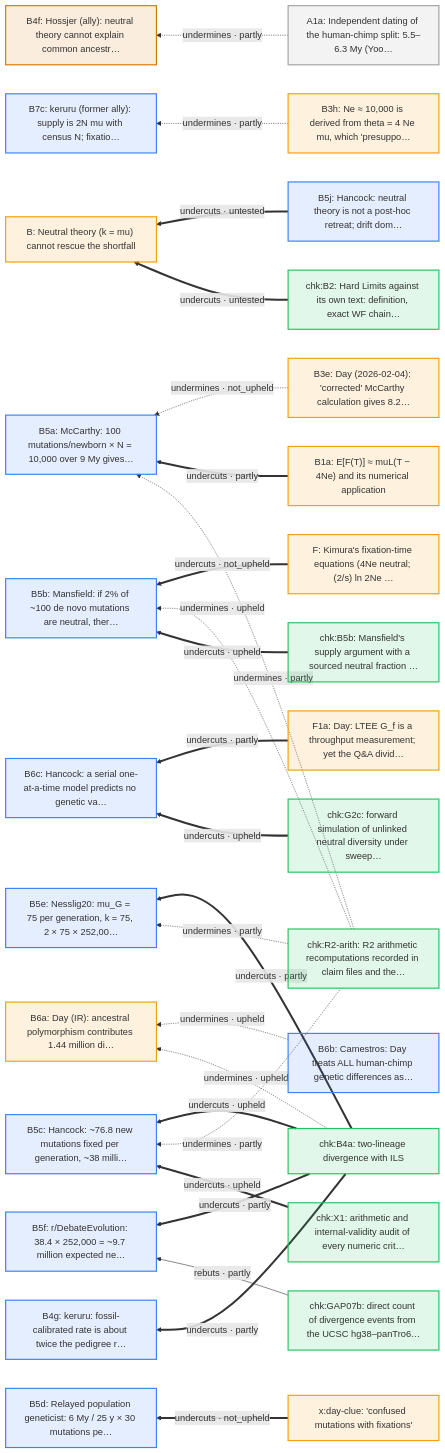
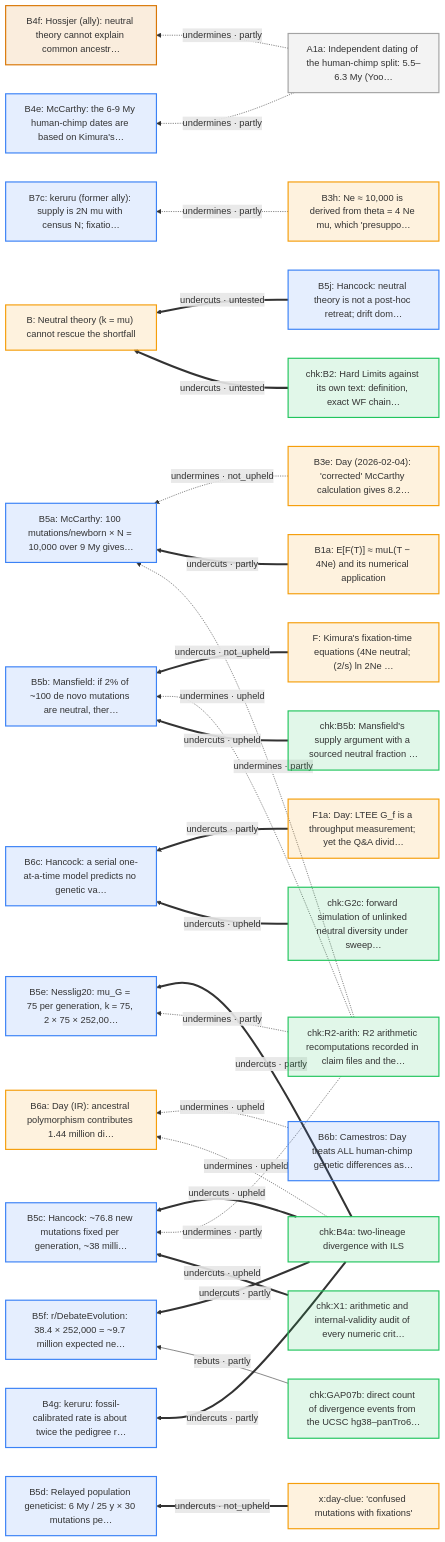
One commit to nickallevato/evo-sim changed the seventh of 20 diagrams in docs/arguments/defeaters.md. Above: the diagram before and after it, drawn with Mermaid. The commit also changed other lines of this file and 25 other files, not shown here.

````diff
--- a/docs/arguments/defeaters.md
+++ b/docs/arguments/defeaters.md
@@ -348,59 +347,61 @@
 ```mermaid
 flowchart RL
   classDef day fill:#f59e0b22,stroke:#f59e0b,stroke-width:2px
   classDef ally fill:#d9770622,stroke:#d97706,stroke-width:2px
   classDef critic fill:#3b82f622,stroke:#3b82f6,stroke-width:2px
   classDef literature fill:#a3a3a322,stroke:#a3a3a3,stroke-width:2px
   classDef audit fill:#22c55e22,stroke:#22c55e,stroke-width:2px
   A1a["A1a: Independent dating of the human-chimp split: 5.5–6.3 My (Yoo…"]:::literature
   B["B: Neutral theory (k = mu) cannot rescue the shortfall"]:::day
   B1a["B1a: E[F(T)] ≈ muL(T − 4Ne) and its numerical application"]:::day
   B3e["B3e: Day (2026-02-04): 'corrected' McCarthy calculation gives 8.2…"]:::day
   B3h["B3h: Ne ≈ 10,000 is derived from theta = 4 Ne mu, which 'presuppo…"]:::day
+  B4e["B4e: McCarthy: the 6-9 My human-chimp dates are based on Kimura's…"]:::critic
   B4f["B4f: Hossjer (ally): neutral theory cannot explain common ancestr…"]:::ally
   B4g["B4g: keruru: fossil-calibrated rate is about twice the pedigree r…"]:::critic
   B5a["B5a: McCarthy: 100 mutations/newborn × N = 10,000 over 9 My gives…"]:::critic
   B5b["B5b: Mansfield: if 2% of ~100 de novo mutations are neutral, ther…"]:::critic
   B5c["B5c: Hancock: ~76.8 new mutations fixed per generation, ~38 milli…"]:::critic
   B5d["B5d: Relayed population geneticist: 6 My / 25 y × 30 mutations pe…"]:::critic
   B5e["B5e: Nesslig20: mu_G = 75 per generation, k = 75, 2 × 75 × 252,00…"]:::critic
   B5f["B5f: r/DebateEvolution: 38.4 × 252,000 = ~9.7 million expected ne…"]:::critic
   B5j["B5j: Hancock: neutral theory is not a post-hoc retreat; drift dom…"]:::critic
   B6a["B6a: Day (IR): ancestral polymorphism contributes 1.44 million di…"]:::day
   B6b["B6b: Camestros: Day treats ALL human-chimp genetic differences as…"]:::critic
   B6c["B6c: Hancock: a serial one-at-a-time model predicts no genetic va…"]:::critic
   B7c["B7c: keruru (former ally): supply is 2N mu with census N; fixatio…"]:::critic
   F["F: Kimura's fixation-time equations (4Ne neutral; (2/s) ln 2Ne …"]:::day
   F1a["F1a: Day: LTEE G_f is a throughput measurement; yet the Q&A divid…"]:::day
   chk_B2["chk:B2: Hard Limits against its own text: definition, exact WF chain…"]:::audit
   chk_B4a["chk:B4a: two-lineage divergence with ILS"]:::audit
   chk_B5b["chk:B5b: Mansfield's supply argument with a sourced neutral fraction …"]:::audit
   chk_G2c["chk:G2c: forward simulation of unlinked neutral diversity under sweep…"]:::audit
   chk_GAP07b["chk:GAP07b: direct count of divergence events from the UCSC hg38–panTro6…"]:::audit
   chk_R2_arith["chk:R2-arith: R2 arithmetic recomputations recorded in claim files and the…"]:::audit
   chk_X1["chk:X1: arithmetic and internal-validity audit of every numeric crit…"]:::audit
   x_day_clue["x:day-clue: 'confused mutations with fixations'"]:::day
+  A1a -.->|"undermines · partly"| B4e
   A1a -.->|"undermines · partly"| B4f
   chk_B4a ==>|"undercuts · partly"| B4g
   B3e -.->|"undermines · not_upheld"| B5a
   B1a ==>|"undercuts · partly"| B5a
   chk_R2_arith -.->|"undermines · partly"| B5a
   F ==>|"undercuts · not_upheld"| B5b
   chk_R2_arith -.->|"undermines · upheld"| B5b
   chk_B5b ==>|"undercuts · upheld"| B5b
   chk_B4a ==>|"undercuts · upheld"| B5c
   chk_R2_arith -.->|"undermines · partly"| B5c
   chk_X1 ==>|"undercuts · upheld"| B5c
   x_day_clue ==>|"undercuts · not_upheld"| B5d
   chk_B4a ==>|"undercuts · partly"| B5e
   chk_R2_arith -.->|"undermines · partly"| B5e
   chk_B4a ==>|"undercuts · partly"| B5f
   chk_GAP07b -->|"rebuts · partly"| B5f
   B6b -.->|"undermines · upheld"| B6a
   chk_B4a -.->|"undermines · upheld"| B6a
   F1a ==>|"undercuts · partly"| B6c
   chk_G2c ==>|"undercuts · upheld"| B6c
   B3h -.->|"undermines · partly"| B7c
   B5j ==>|"undercuts · untested"| B
   chk_B2 ==>|"undercuts · untested"| B
 ```
````
